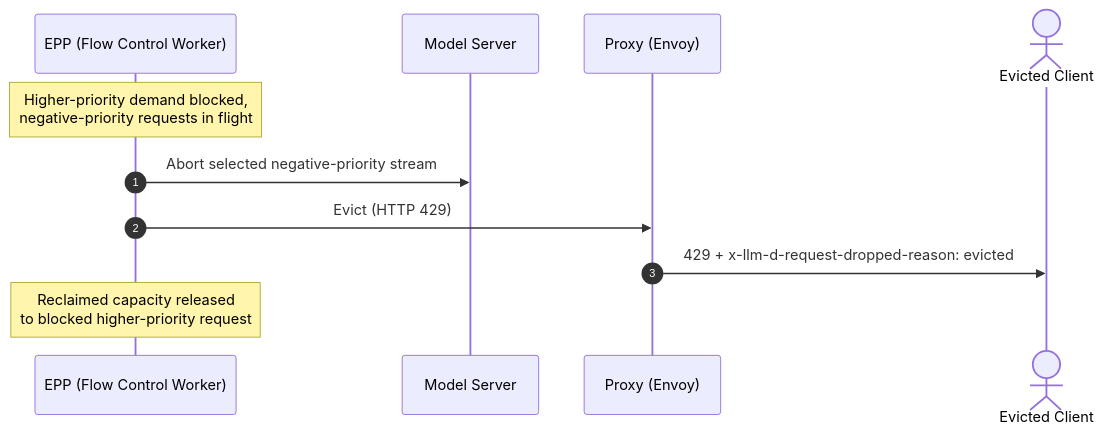
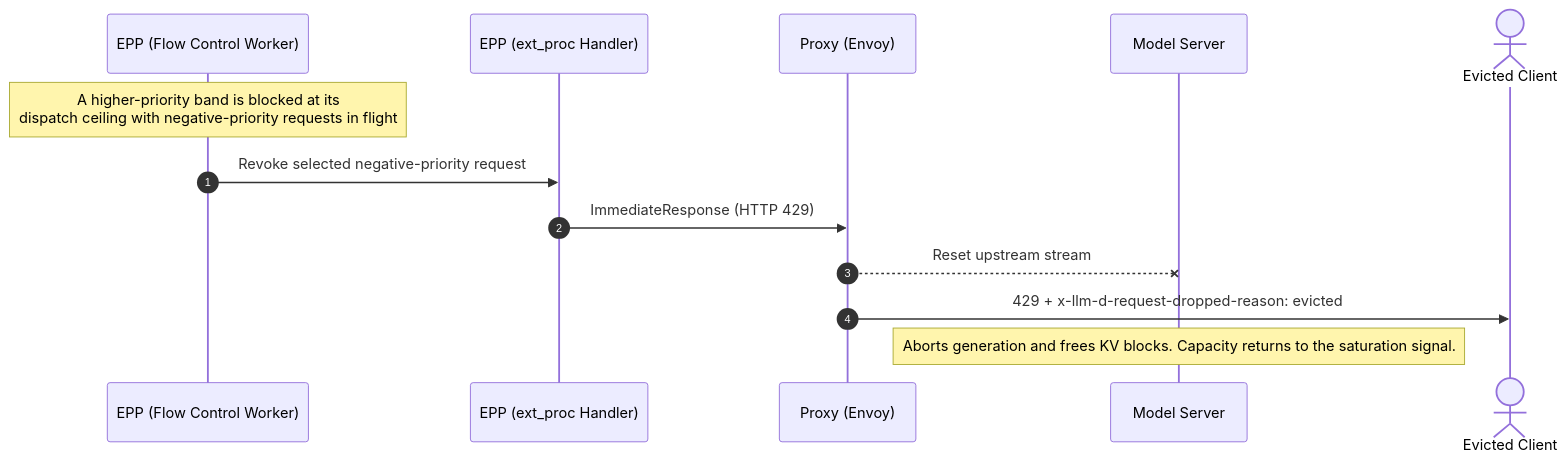
The third of 4 diagrams in docs/architecture/core/router/epp/flow-control.md (llm-d/llm-d), drawn with Mermaid before and after one commit.

````diff
--- a/docs/architecture/core/router/epp/flow-control.md
+++ b/docs/architecture/core/router/epp/flow-control.md
@@ -303,14 +303,16 @@
 ```mermaid
 sequenceDiagram
     autonumber
     participant EPP_BW as EPP (Flow Control Worker)
+    participant EPP_Proc as EPP (ext_proc Handler)
+    participant Proxy as Proxy (Envoy)
     participant Endpoint as Model Server
-    participant Proxy as Proxy (Envoy)
     actor Client as Evicted Client
 
-    Note over EPP_BW: Higher-priority demand blocked,<br/>negative-priority requests in flight
-    EPP_BW->>Endpoint: Abort selected negative-priority stream
-    EPP_BW->>Proxy: Evict (HTTP 429)
+    Note over EPP_BW: A higher-priority band is blocked at its<br/>dispatch ceiling with negative-priority requests in flight
+    EPP_BW->>EPP_Proc: Revoke selected negative-priority request
+    EPP_Proc->>Proxy: ImmediateResponse (HTTP 429)
+    Proxy--xEndpoint: Reset upstream stream
     Proxy->>Client: 429 + x-llm-d-request-dropped-reason: evicted
-    Note over EPP_BW: Reclaimed capacity released<br/>to blocked higher-priority request
+    Note over Endpoint: Aborts generation and frees KV blocks. Capacity returns to the saturation signal.
 ```
````
